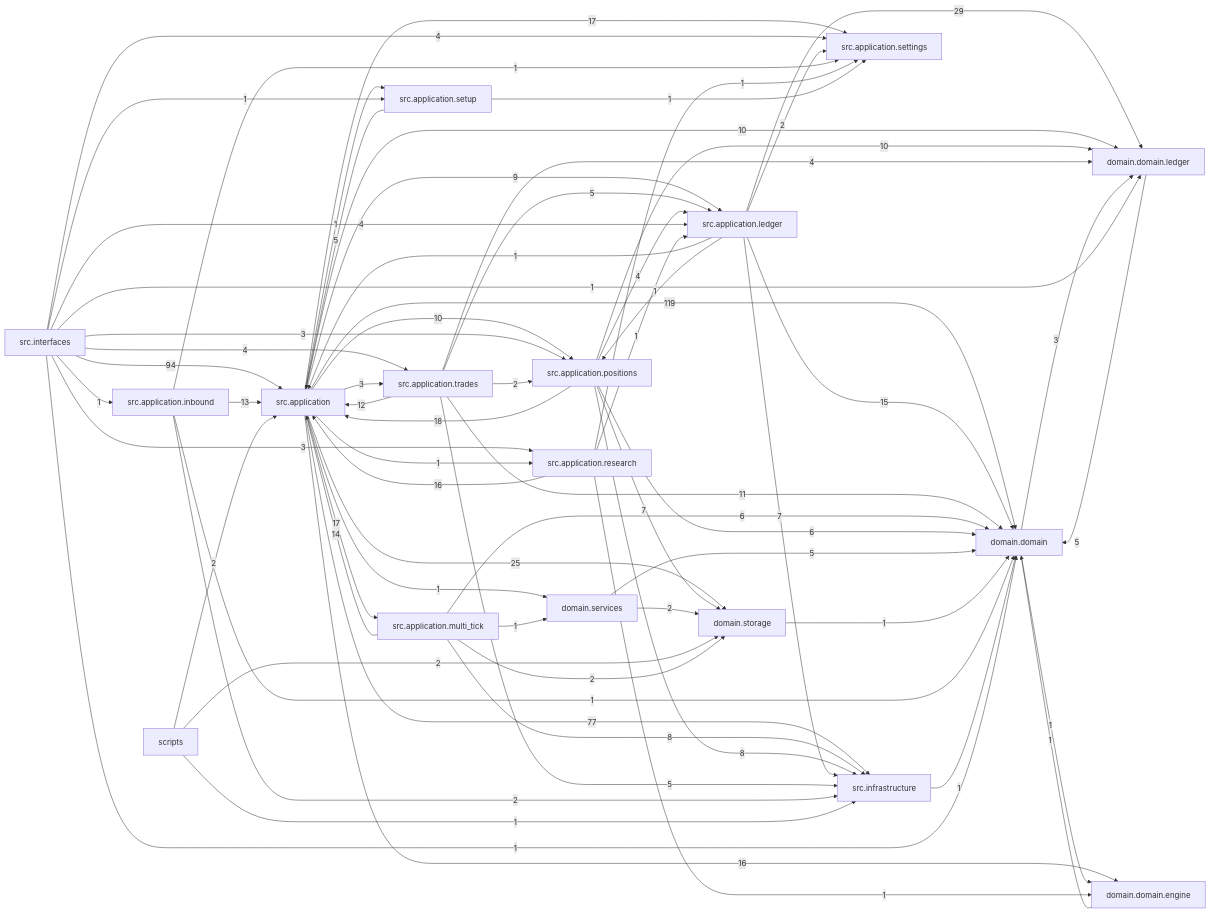
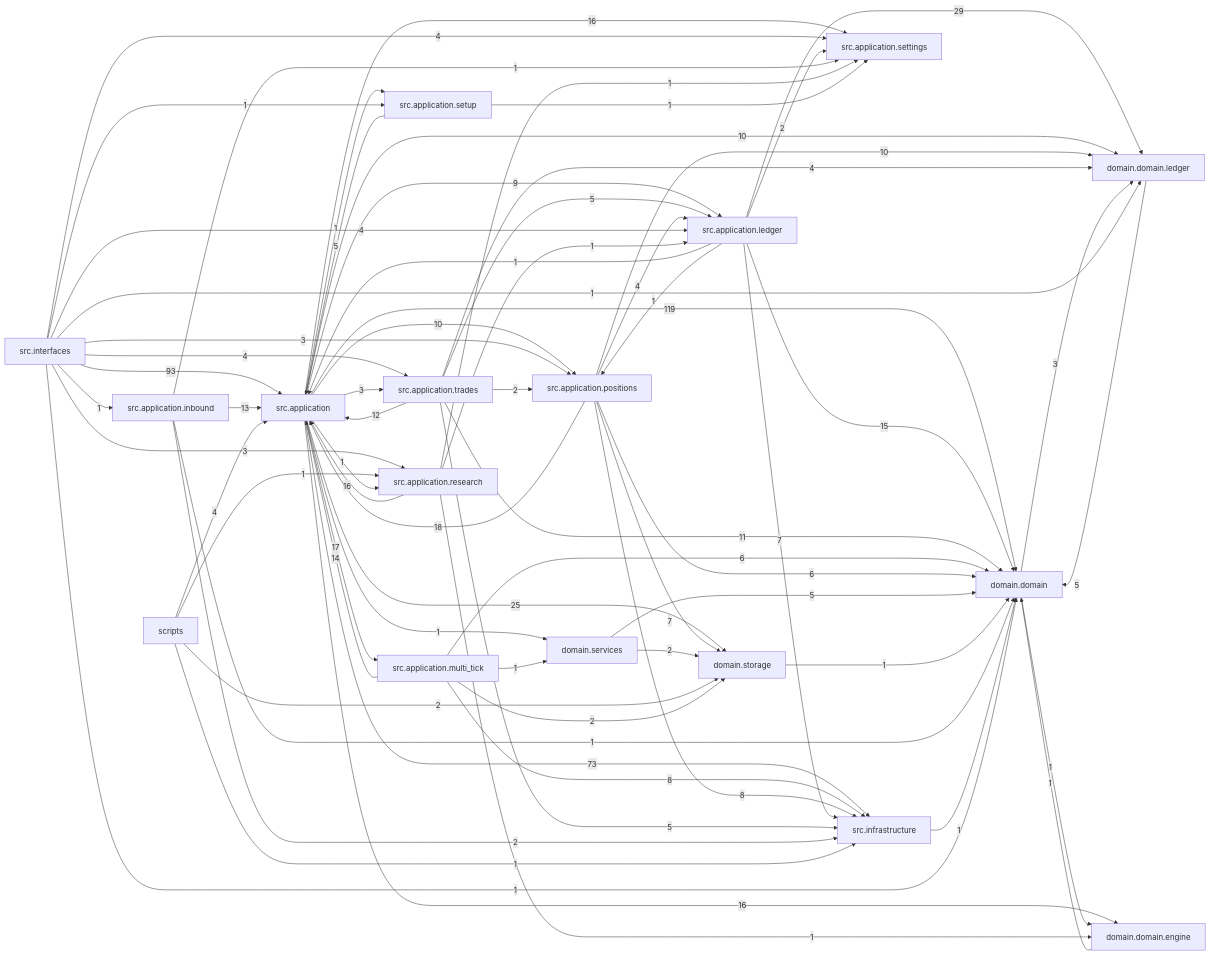
The diagram in docs/dependency_graph.mmd (liuxie066/options-monitor), drawn with Mermaid before and after one commit. The commit also changed 140 other files, not shown here.

```diff
--- a/docs/dependency_graph.mmd
+++ b/docs/dependency_graph.mmd
@@ -1,68 +1,69 @@
 flowchart LR
   src_application["src.application"] -->|119| domain_domain["domain.domain"]
-  src_interfaces["src.interfaces"] -->|94| src_application["src.application"]
-  src_application["src.application"] -->|77| src_infrastructure["src.infrastructure"]
+  src_interfaces["src.interfaces"] -->|93| src_application["src.application"]
+  src_application["src.application"] -->|73| src_infrastructure["src.infrastructure"]
   src_application_ledger["src.application.ledger"] -->|29| domain_domain_ledger["domain.domain.ledger"]
   src_application["src.application"] -->|25| domain_storage["domain.storage"]
   src_application_positions["src.application.positions"] -->|18| src_application["src.application"]
   src_application["src.application"] -->|17| src_application_multi_tick["src.application.multi_tick"]
-  src_application["src.application"] -->|17| src_application_settings["src.application.settings"]
   src_application["src.application"] -->|16| domain_domain_engine["domain.domain.engine"]
+  src_application["src.application"] -->|16| src_application_settings["src.application.settings"]
   src_application_research["src.application.research"] -->|16| src_application["src.application"]
   src_application_ledger["src.application.ledger"] -->|15| domain_domain["domain.domain"]
   src_application_multi_tick["src.application.multi_tick"] -->|14| src_application["src.application"]
   src_application_inbound["src.application.inbound"] -->|13| src_application["src.application"]
   src_application_trades["src.application.trades"] -->|12| src_application["src.application"]
   src_application_trades["src.application.trades"] -->|11| domain_domain["domain.domain"]
   src_application["src.application"] -->|10| domain_domain_ledger["domain.domain.ledger"]
   src_application["src.application"] -->|10| src_application_positions["src.application.positions"]
   src_application_positions["src.application.positions"] -->|10| domain_domain_ledger["domain.domain.ledger"]
   src_application["src.application"] -->|9| src_application_ledger["src.application.ledger"]
   src_application_multi_tick["src.application.multi_tick"] -->|8| src_infrastructure["src.infrastructure"]
   src_application_positions["src.application.positions"] -->|8| src_infrastructure["src.infrastructure"]
   src_application_ledger["src.application.ledger"] -->|7| src_infrastructure["src.infrastructure"]
   src_application_positions["src.application.positions"] -->|7| domain_storage["domain.storage"]
   src_application_multi_tick["src.application.multi_tick"] -->|6| domain_domain["domain.domain"]
   src_application_positions["src.application.positions"] -->|6| domain_domain["domain.domain"]
   domain_domain_ledger["domain.domain.ledger"] -->|5| domain_domain["domain.domain"]
   domain_services["domain.services"] -->|5| domain_domain["domain.domain"]
   src_application_setup["src.application.setup"] -->|5| src_application["src.application"]
   src_application_trades["src.application.trades"] -->|5| src_application_ledger["src.application.ledger"]
   src_application_trades["src.application.trades"] -->|5| src_infrastructure["src.infrastructure"]
+  scripts["scripts"] -->|4| src_application["src.application"]
   src_application_positions["src.application.positions"] -->|4| src_application_ledger["src.application.ledger"]
   src_application_trades["src.application.trades"] -->|4| domain_domain_ledger["domain.domain.ledger"]
   src_interfaces["src.interfaces"] -->|4| src_application_ledger["src.application.ledger"]
   src_interfaces["src.interfaces"] -->|4| src_application_settings["src.application.settings"]
   src_interfaces["src.interfaces"] -->|4| src_application_trades["src.application.trades"]
   domain_domain["domain.domain"] -->|3| domain_domain_ledger["domain.domain.ledger"]
   src_application["src.application"] -->|3| src_application_trades["src.application.trades"]
   src_interfaces["src.interfaces"] -->|3| src_application_positions["src.application.positions"]
   src_interfaces["src.interfaces"] -->|3| src_application_research["src.application.research"]
   domain_services["domain.services"] -->|2| domain_storage["domain.storage"]
   scripts["scripts"] -->|2| domain_storage["domain.storage"]
-  scripts["scripts"] -->|2| src_application["src.application"]
   src_application_inbound["src.application.inbound"] -->|2| src_infrastructure["src.infrastructure"]
   src_application_ledger["src.application.ledger"] -->|2| src_application_settings["src.application.settings"]
   src_application_multi_tick["src.application.multi_tick"] -->|2| domain_storage["domain.storage"]
   src_application_trades["src.application.trades"] -->|2| src_application_positions["src.application.positions"]
   domain_domain["domain.domain"] -->|1| domain_domain_engine["domain.domain.engine"]
   domain_domain_engine["domain.domain.engine"] -->|1| domain_domain["domain.domain"]
   domain_storage["domain.storage"] -->|1| domain_domain["domain.domain"]
+  scripts["scripts"] -->|1| src_application_research["src.application.research"]
   scripts["scripts"] -->|1| src_infrastructure["src.infrastructure"]
   src_application["src.application"] -->|1| domain_services["domain.services"]
   src_application["src.application"] -->|1| src_application_research["src.application.research"]
   src_application["src.application"] -->|1| src_application_setup["src.application.setup"]
   src_application_inbound["src.application.inbound"] -->|1| domain_domain["domain.domain"]
   src_application_inbound["src.application.inbound"] -->|1| src_application_settings["src.application.settings"]
   src_application_ledger["src.application.ledger"] -->|1| src_application["src.application"]
   src_application_ledger["src.application.ledger"] -->|1| src_application_positions["src.application.positions"]
   src_application_multi_tick["src.application.multi_tick"] -->|1| domain_services["domain.services"]
   src_application_research["src.application.research"] -->|1| domain_domain_engine["domain.domain.engine"]
   src_application_research["src.application.research"] -->|1| src_application_ledger["src.application.ledger"]
   src_application_research["src.application.research"] -->|1| src_application_settings["src.application.settings"]
   src_application_setup["src.application.setup"] -->|1| src_application_settings["src.application.settings"]
   src_infrastructure["src.infrastructure"] -->|1| domain_domain["domain.domain"]
   src_interfaces["src.interfaces"] -->|1| domain_domain["domain.domain"]
   src_interfaces["src.interfaces"] -->|1| domain_domain_ledger["domain.domain.ledger"]
   src_interfaces["src.interfaces"] -->|1| src_application_inbound["src.application.inbound"]
   src_interfaces["src.interfaces"] -->|1| src_application_setup["src.application.setup"]
```
